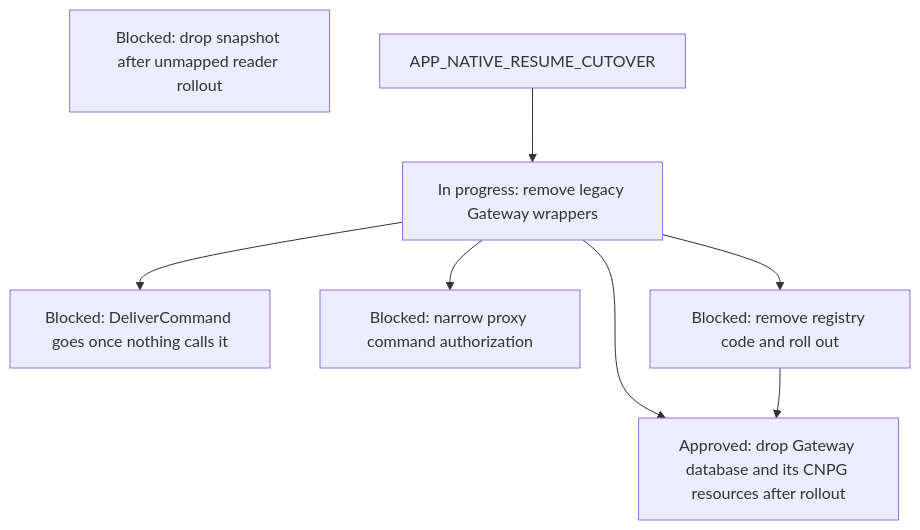
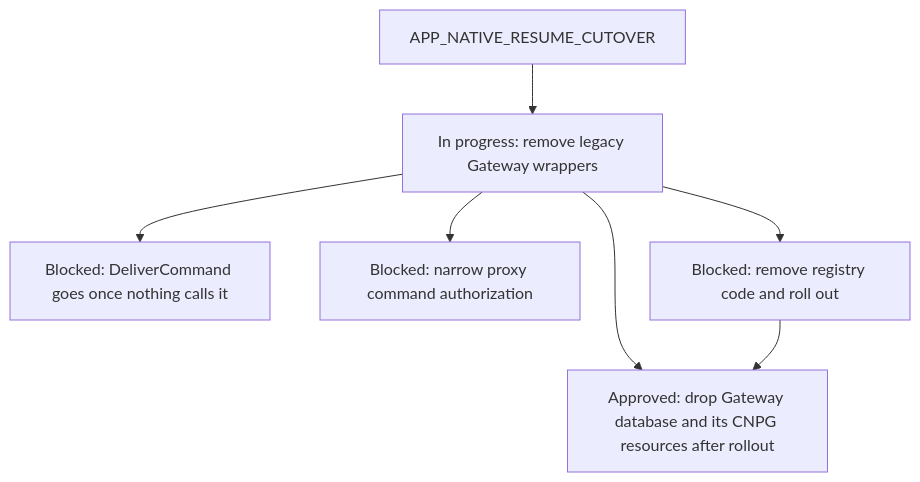
Diagram 15 of 16 in agentplane/plans/task_dag.md (agentydragon-agent/ducktape), drawn with Mermaid before and after one commit. The commit also changed other lines of this file and 6 other files, not shown here.

First line of the commit message:
Drop retired Dispatcher opening attachment snapshot (#10717)

````diff
--- a/agentplane/plans/task_dag.md
+++ b/agentplane/plans/task_dag.md
@@ -1300,15 +1300,14 @@
 ```mermaid
 flowchart TD
     RUNNER_COMMAND_RPCS[Blocked: DeliverCommand goes once nothing calls it]
-    DISPATCHER_OPENING_ATTACHED_COLUMN_DROP[Blocked: drop snapshot after unmapped reader rollout]
     GATEWAY_WRAPPER_RETIRE --> RUNNER_COMMAND_RPCS
     GATEWAY_WRAPPER_RETIRE[In progress: remove legacy Gateway wrappers]
     APP_NATIVE_RESUME_CUTOVER --> GATEWAY_WRAPPER_RETIRE
     GATEWAY_DATABASE_DROP[Approved: drop Gateway database and its CNPG resources after rollout]
     PROXY_START_METHODS_DISPATCHER_ONLY[Blocked: narrow proxy command authorization]
     GATEWAY_WRAPPER_RETIRE --> PROXY_START_METHODS_DISPATCHER_ONLY
     GATEWAY_WRAPPER_RETIRE --> GATEWAY_DATABASE_DROP
     GATEWAY_SESSION_REGISTRY_RETIRE[Blocked: remove registry code and roll out]
     GATEWAY_WRAPPER_RETIRE --> GATEWAY_SESSION_REGISTRY_RETIRE
     GATEWAY_SESSION_REGISTRY_RETIRE --> GATEWAY_DATABASE_DROP
 ```
````
